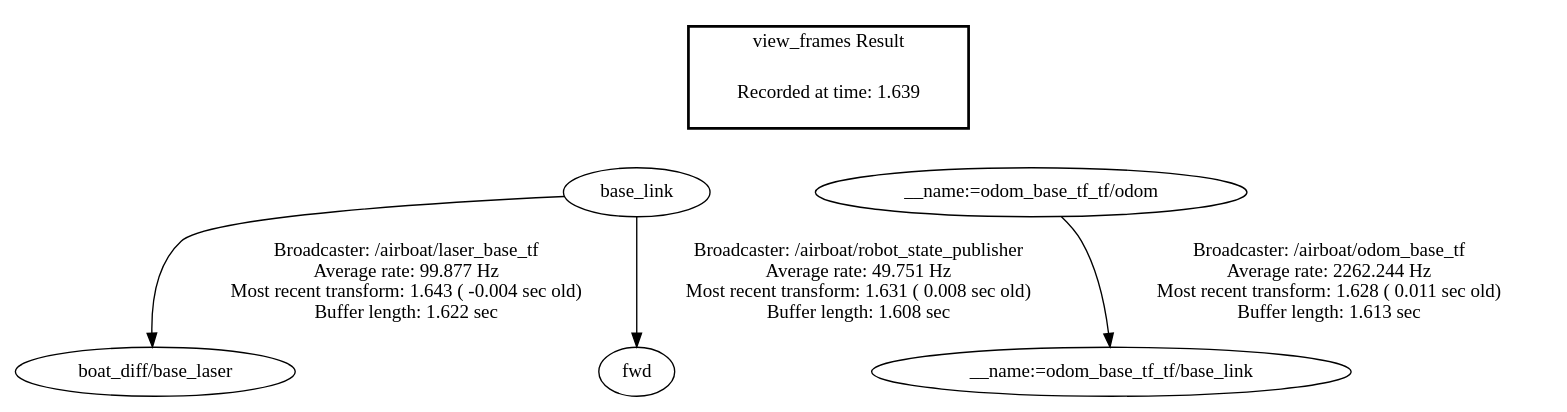
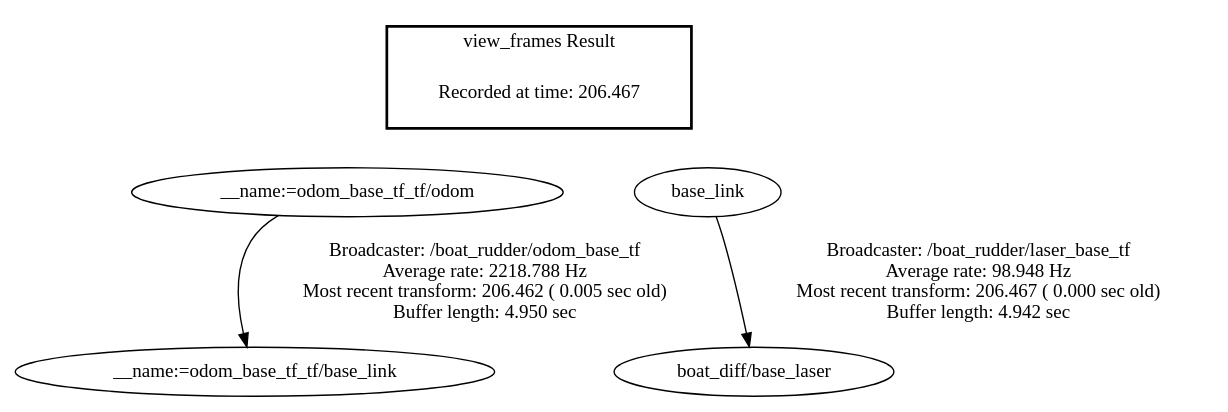
The diagram in frames.gv (disaster-robotics-proalertas/usv_sim_lsa), drawn with Graphviz before and after one commit. The commit also changed 5 other files, not shown here.

```diff
--- a/frames.gv
+++ b/frames.gv
@@ -1,13 +1,12 @@
 digraph G {
-"base_link" -> "boat_diff/base_laser"[label="Broadcaster: /airboat/laser_base_tf\nAverage rate: 99.877 Hz\nMost recent transform: 1.643 ( -0.004 sec old)\nBuffer length: 1.622 sec\n"];
-"__name:=odom_base_tf_tf/odom" -> "__name:=odom_base_tf_tf/base_link"[label="Broadcaster: /airboat/odom_base_tf\nAverage rate: 2262.244 Hz\nMost recent transform: 1.628 ( 0.011 sec old)\nBuffer length: 1.613 sec\n"];
-"base_link" -> "fwd"[label="Broadcaster: /airboat/robot_state_publisher\nAverage rate: 49.751 Hz\nMost recent transform: 1.631 ( 0.008 sec old)\nBuffer length: 1.608 sec\n"];
+"__name:=odom_base_tf_tf/odom" -> "__name:=odom_base_tf_tf/base_link"[label="Broadcaster: /boat_rudder/odom_base_tf\nAverage rate: 2218.788 Hz\nMost recent transform: 206.462 ( 0.005 sec old)\nBuffer length: 4.950 sec\n"];
+"base_link" -> "boat_diff/base_laser"[label="Broadcaster: /boat_rudder/laser_base_tf\nAverage rate: 98.948 Hz\nMost recent transform: 206.467 ( 0.000 sec old)\nBuffer length: 4.942 sec\n"];
 edge [style=invis];
  subgraph cluster_legend { style=bold; color=black; label ="view_frames Result";
-"Recorded at time: 1.639"[ shape=plaintext ] ;
- }->"base_link";
+"Recorded at time: 206.467"[ shape=plaintext ] ;
+ }->"__name:=odom_base_tf_tf/odom";
 edge [style=invis];
  subgraph cluster_legend { style=bold; color=black; label ="view_frames Result";
-"Recorded at time: 1.639"[ shape=plaintext ] ;
- }->"__name:=odom_base_tf_tf/odom";
+"Recorded at time: 206.467"[ shape=plaintext ] ;
+ }->"base_link";
 }
```
